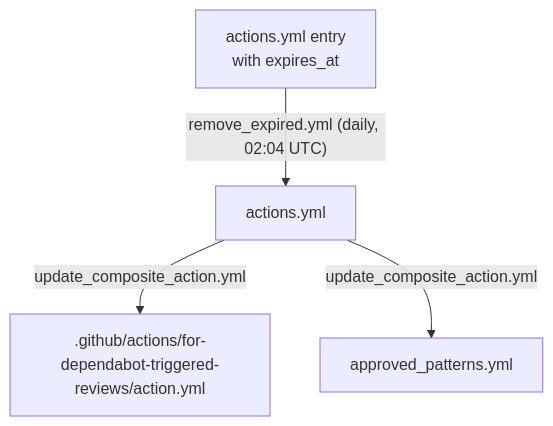
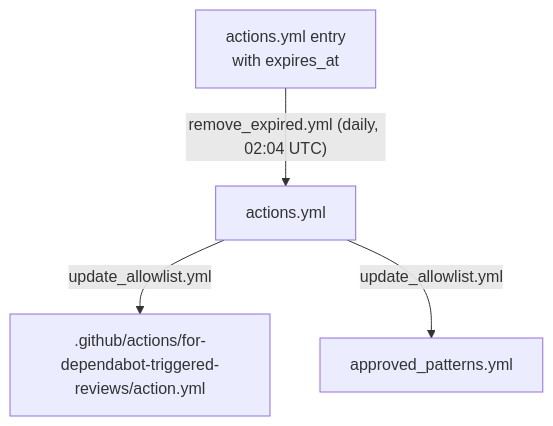
Before and after one commit to apache/infrastructure-actions: the fourth of 4 diagrams in README.md, drawn with Mermaid. The commit also changed other lines of this file and 3 other files, not shown here.

First line of the commit message:
workflows: merge update_actions + update_composite_action to fix race

````diff
--- a/README.md
+++ b/README.md
@@ -356,6 +356,6 @@
 ```mermaid
 graph TD;
     entry["actions.yml entry<br/>with expires_at"]--"remove_expired.yml (daily, 02:04 UTC)"-->actions.yml
-    actions.yml--"update_composite_action.yml"-->composite[".github/actions/for-dependabot-triggered-reviews/action.yml"]
-    actions.yml--"update_composite_action.yml"-->approved["approved_patterns.yml"]
+    actions.yml--"update_allowlist.yml"-->composite[".github/actions/for-dependabot-triggered-reviews/action.yml"]
+    actions.yml--"update_allowlist.yml"-->approved["approved_patterns.yml"]
 ```
````
